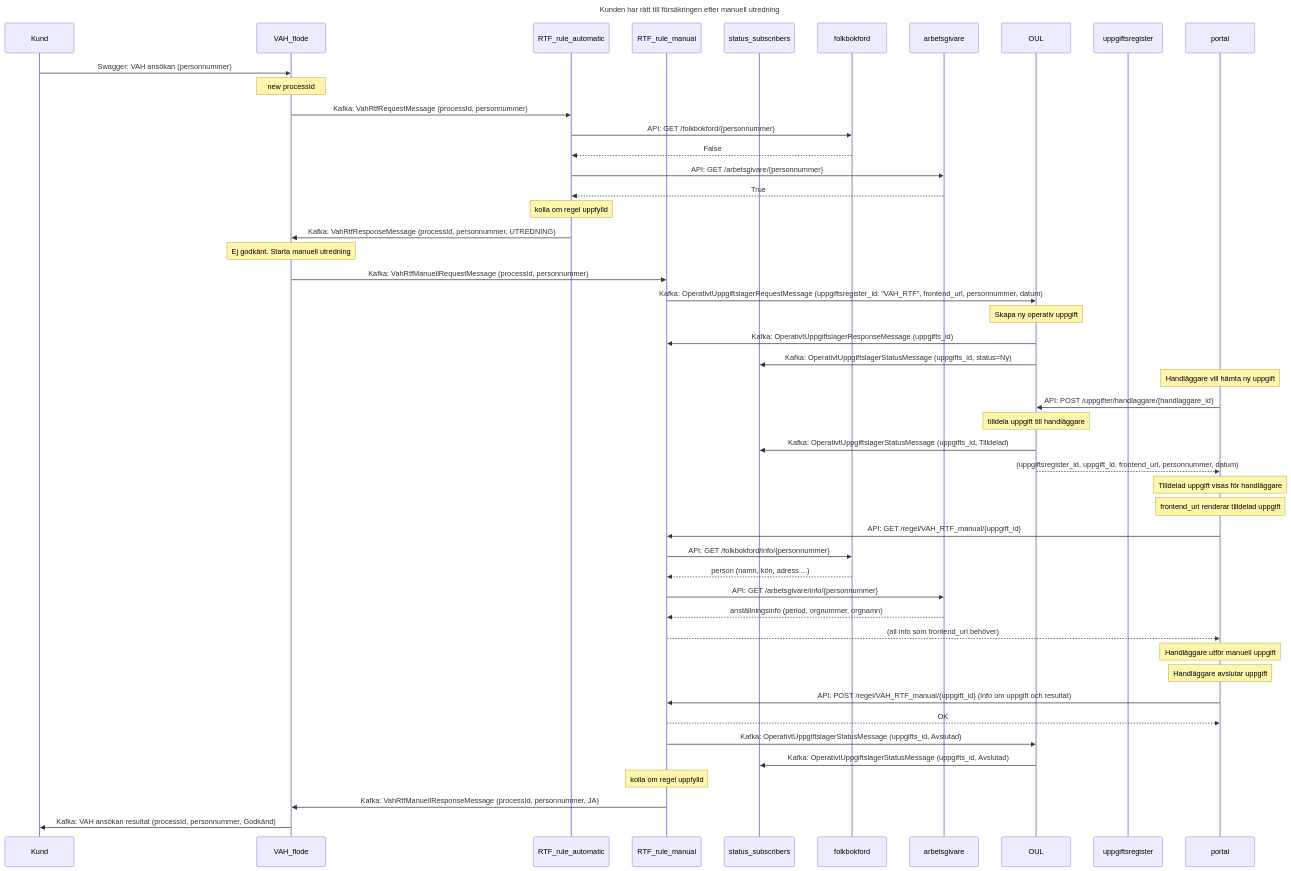
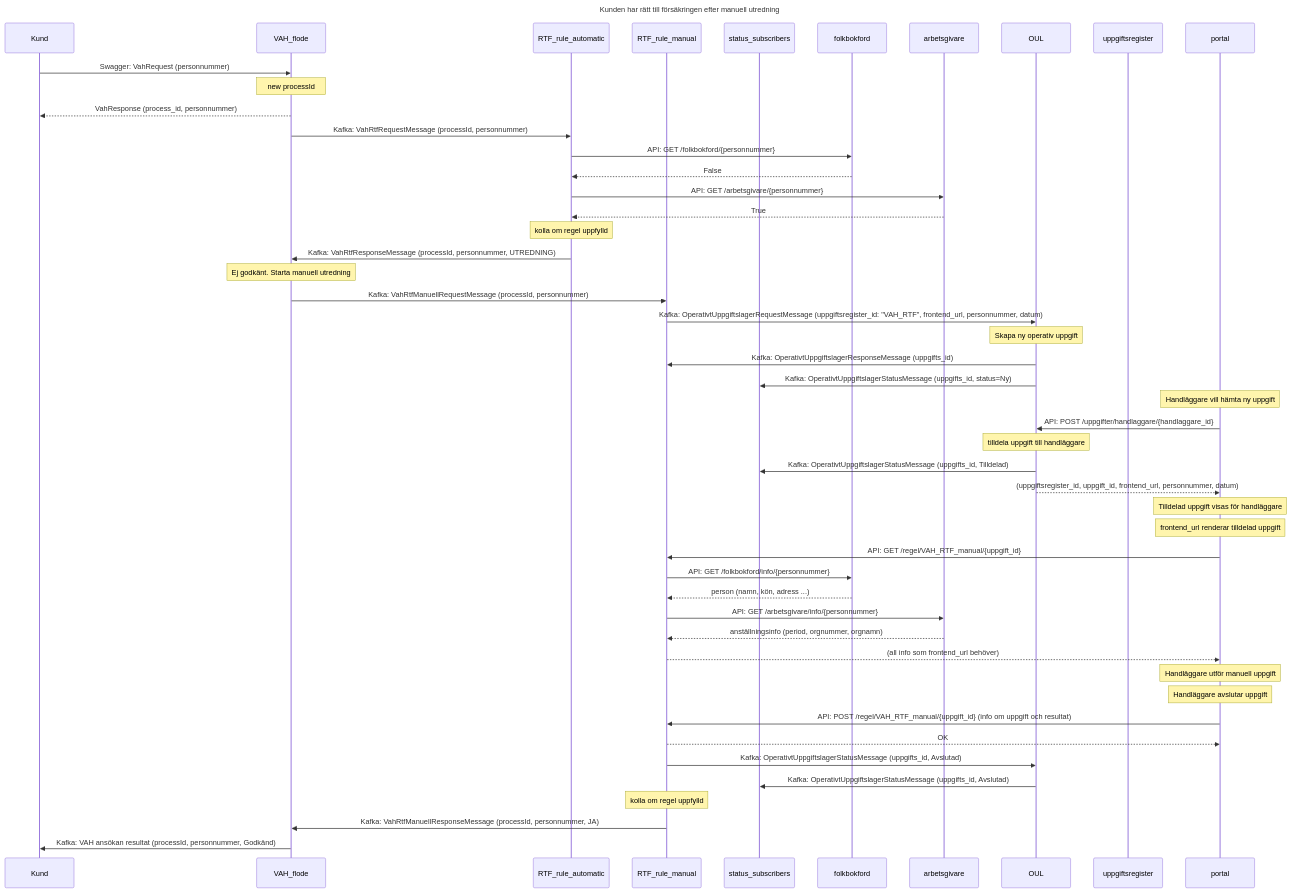
Before and after one commit to Forsakringskassan/rimfrost: the diagram in sequences/ratt_till_forsakring_manuellt_datamodel.mmd, drawn with Mermaid.

Commit message:
fix: VahResponse i flödet

```diff
--- a/sequences/ratt_till_forsakring_manuellt_datamodel.mmd
+++ b/sequences/ratt_till_forsakring_manuellt_datamodel.mmd
@@ -1,58 +1,59 @@
 sequenceDiagram
     title Kunden har rätt till försäkringen efter manuell utredning
     participant Kund
     participant VAH_flode
     participant RTF_rule_automatic
     participant RTF_rule_manual
     participant status_subscribers
     participant folkbokford
     participant arbetsgivare
     participant OUL
     participant uppgiftsregister
     participant portal
 
-    Kund ->> VAH_flode: Swagger: VAH ansökan (personnummer)
+    Kund ->> VAH_flode: Swagger: VahRequest (personnummer)
     note over VAH_flode: new processId
+    VAH_flode -->> Kund: VahResponse (process_id, personnummer)
     VAH_flode ->> RTF_rule_automatic: Kafka: VahRtfRequestMessage (processId, personnummer)
     RTF_rule_automatic ->> folkbokford: API: GET /folkbokford/{personnummer}
     folkbokford -->> RTF_rule_automatic: False
     RTF_rule_automatic ->> arbetsgivare: API:  GET /arbetsgivare/{personnummer}
     arbetsgivare -->> RTF_rule_automatic: True
     note over RTF_rule_automatic: kolla om regel uppfylld
     RTF_rule_automatic ->> VAH_flode: Kafka: VahRtfResponseMessage (processId, personnummer, UTREDNING)
     note over VAH_flode: Ej godkänt. Starta manuell utredning
 
     VAH_flode ->> RTF_rule_manual: Kafka: VahRtfManuellRequestMessage (processId, personnummer)
     RTF_rule_manual ->> OUL: Kafka: OperativtUppgiftslagerRequestMessage (uppgiftsregister_id: "VAH_RTF", frontend_url, personnummer, datum)
     note over OUL: Skapa ny operativ uppgift
     OUL ->> RTF_rule_manual: Kafka: OperativtUppgiftslagerResponseMessage (uppgifts_id)
     OUL ->> status_subscribers: Kafka: OperativtUppgiftslagerStatusMessage (uppgifts_id, status=Ny)
     note over portal: Handläggare vill hämta ny uppgift
     portal ->> OUL: API: POST /uppgifter/handlaggare/{handlaggare_id}
     note over OUL: tilldela uppgift till handläggare
     OUL ->> status_subscribers: Kafka: OperativtUppgiftslagerStatusMessage (uppgifts_id, Tilldelad)
     OUL -->> portal: (uppgiftsregister_id, uppgift_id, frontend_url, personnummer, datum)
     note over portal: Tilldelad uppgift visas för handläggare
     note over portal: frontend_url renderar tilldelad uppgift
 
     portal ->> RTF_rule_manual: API: GET /regel/VAH_RTF_manual/{uppgift_id}
     RTF_rule_manual ->> folkbokford: API: GET /folkbokford/info/{personnummer}
     folkbokford -->> RTF_rule_manual: person (namn, kön, adress ...)
 
     RTF_rule_manual ->> arbetsgivare: API: GET /arbetsgivare/info/{personnummer}
     arbetsgivare -->> RTF_rule_manual: anställningsinfo (period, orgnummer, orgnamn)
 
     RTF_rule_manual -->> portal: (all info som frontend_url behöver)
 
     note over portal: Handläggare utför manuell uppgift
     note over portal: Handläggare avslutar uppgift
 
     portal ->>  RTF_rule_manual:API: POST /regel/VAH_RTF_manual/{uppgift_id} (info om uppgift och resultat)
     RTF_rule_manual -->> portal: OK
     RTF_rule_manual ->> OUL: Kafka: OperativtUppgiftslagerStatusMessage (uppgifts_id, Avslutad)
     OUL ->> status_subscribers: Kafka: OperativtUppgiftslagerStatusMessage (uppgifts_id, Avslutad)
 
     note over RTF_rule_manual: kolla om regel uppfylld
     RTF_rule_manual ->> VAH_flode: Kafka: VahRtfManuellResponseMessage (processId, personnummer, JA)
 
     VAH_flode ->> Kund: Kafka: VAH ansökan resultat (processId, personnummer, Godkänd)
```
